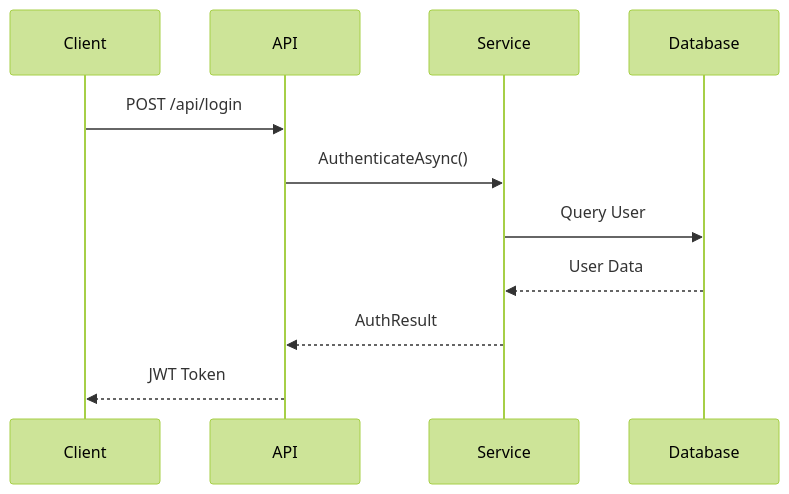
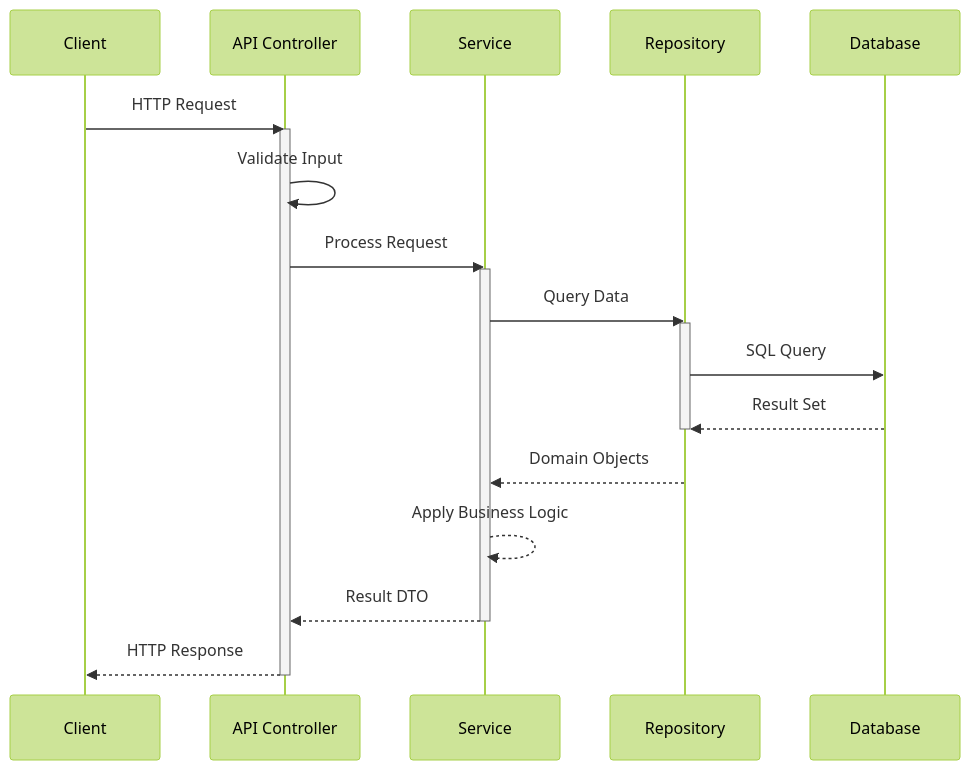
One commit to jianyuyanyu/OpenDeepWiki changed the fifth of 12 diagrams in src/OpenDeepWiki/prompts/content-generator.md. Above: the diagram before and after it, drawn with Mermaid (forest theme). The commit also changed other lines of this file and 40 other files, not shown here.

````diff
--- a/src/OpenDeepWiki/prompts/content-generator.md
+++ b/src/OpenDeepWiki/prompts/content-generator.md
@@ -565,14 +631,25 @@
 ```mermaid
 sequenceDiagram
     participant C as Client
-    participant A as API
+    participant A as API Controller
     participant S as Service
+    participant R as Repository
     participant D as Database
-    
-    C->>A: POST /api/login
-    A->>S: AuthenticateAsync()
-    S->>D: Query User
-    D-->>S: User Data
-    S-->>A: AuthResult
-    A-->>C: JWT Token
+
+    C->>A: HTTP Request
+    activate A
+    A->>A: Validate Input
+    A->>S: Process Request
+    activate S
+    S->>R: Query Data
+    activate R
+    R->>D: SQL Query
+    D-->>R: Result Set
+    deactivate R
+    R-->>S: Domain Objects
+    S-->>S: Apply Business Logic
+    S-->>A: Result DTO
+    deactivate S
+    A-->>C: HTTP Response
+    deactivate A
 ```
````
